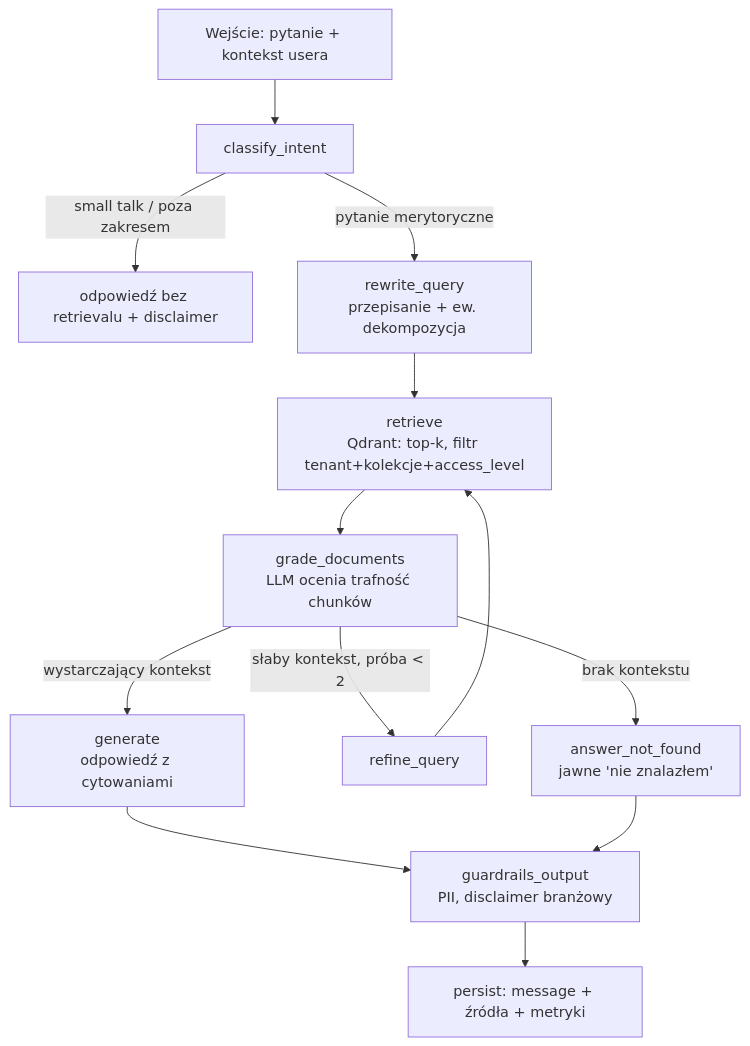
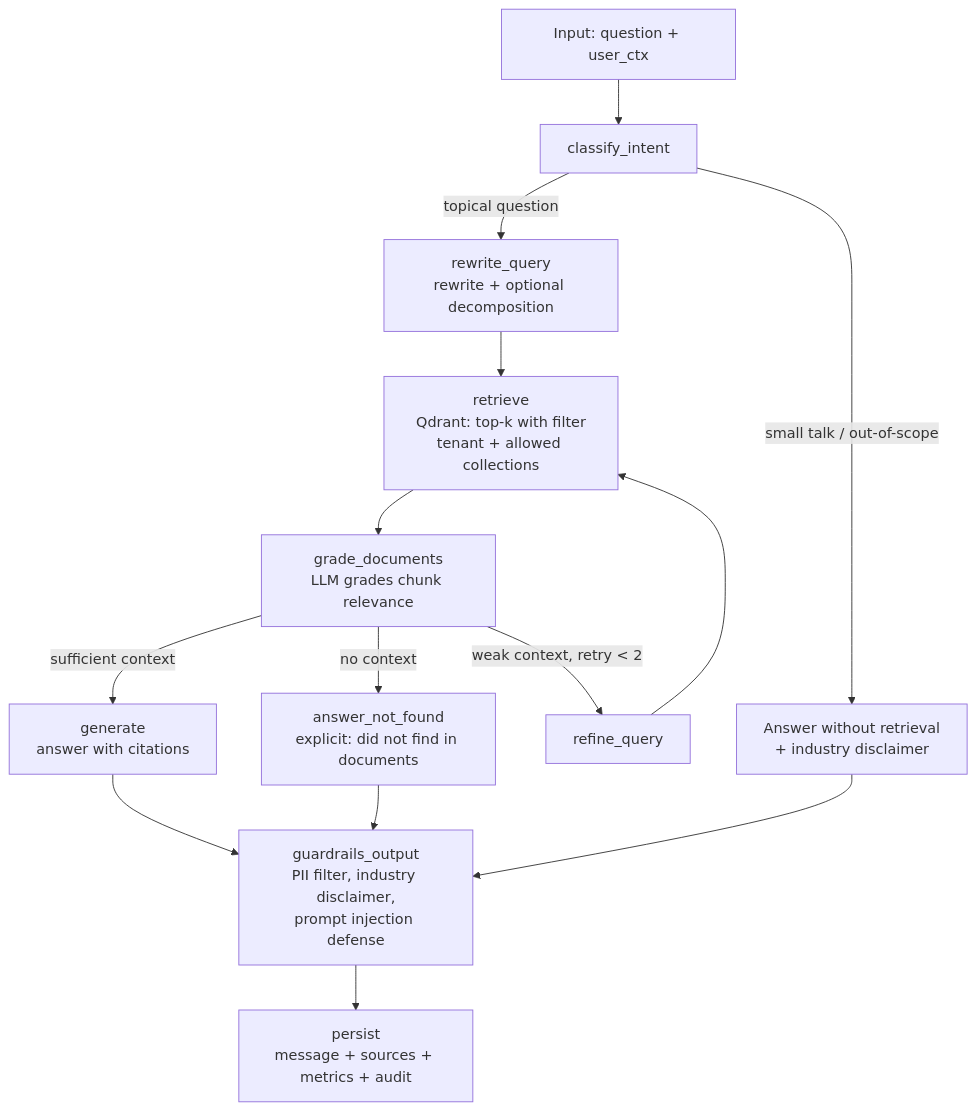
One commit to bwolak94/rag-panel changed the sixth of 8 diagrams in docs/architecture.md. Above: the diagram before and after it, drawn with Mermaid. The commit also changed other lines of this file and 21 other files, not shown here.

````diff
--- a/docs/architecture.md
+++ b/docs/architecture.md
@@ -31,14 +382,15 @@
 ```mermaid
 graph TD
-    A[Wejście: pytanie + kontekst usera] --> B[classify_intent]
-    B -->|small talk / poza zakresem| Z[odpowiedź bez retrievalu + disclaimer]
-    B -->|pytanie merytoryczne| C[rewrite_query<br/>przepisanie + ew. dekompozycja]
-    C --> D[retrieve<br/>Qdrant: top-k, filtr tenant+kolekcje+access_level]
-    D --> E[grade_documents<br/>LLM ocenia trafność chunków]
-    E -->|wystarczający kontekst| F[generate<br/>odpowiedź z cytowaniami]
-    E -->|słaby kontekst, próba < 2| C2[refine_query] --> D
-    E -->|brak kontekstu| G[answer_not_found<br/>jawne 'nie znalazłem']
-    F --> H[guardrails_output<br/>PII, disclaimer branżowy]
+    A[Input: question + user_ctx] --> B[classify_intent]
+    B -->|small talk / out-of-scope| Z[Answer without retrieval<br/>+ industry disclaimer]
+    B -->|topical question| C[rewrite_query<br/>rewrite + optional decomposition]
+    C --> D[retrieve<br/>Qdrant: top-k with filter<br/>tenant + allowed collections]
+    D --> E[grade_documents<br/>LLM grades chunk relevance]
+    E -->|sufficient context| F[generate<br/>answer with citations]
+    E -->|weak context, retry < 2| C2[refine_query] --> D
+    E -->|no context| G[answer_not_found<br/>explicit: did not find in documents]
+    F --> H[guardrails_output<br/>PII filter, industry disclaimer,<br/>prompt injection defense]
     G --> H
-    H --> I[persist: message + źródła + metryki]
+    Z --> H
+    H --> I[persist<br/>message + sources + metrics + audit]
 ```
````
